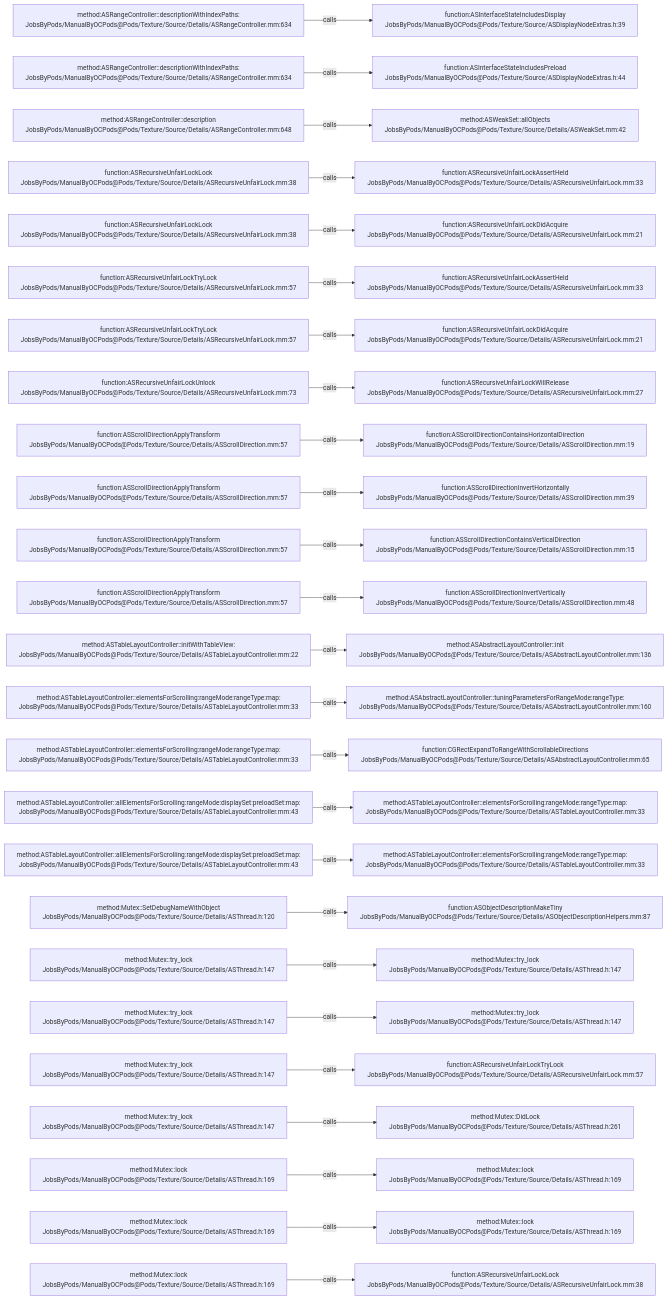
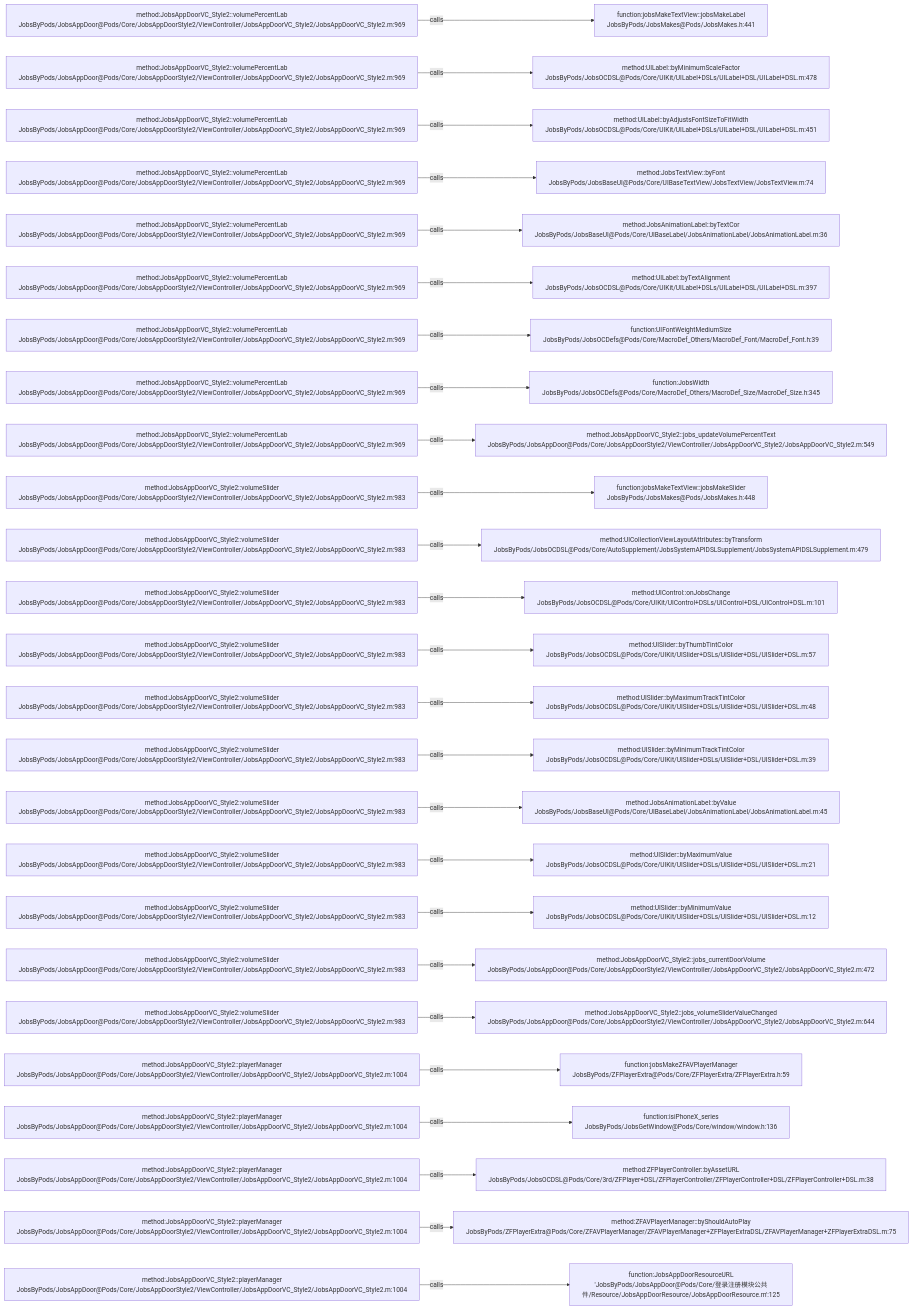
The diagram in .codegraph/codegraph.md/graphs/calls-149.md (JobsKits/JobsOCBaseConfigDemo), drawn with Mermaid before and after one commit. The commit also changed 768 other files, not shown here.

````diff
--- a/.codegraph/codegraph.md/graphs/calls-149.md
+++ b/.codegraph/codegraph.md/graphs/calls-149.md
@@ -13,78 +13,78 @@
 ```mermaid
 flowchart LR
-  S1["method:ASRangeController::descriptionWithIndexPaths:<br/>JobsByPods/ManualByOCPods@Pods/Texture/Source/Details/ASRangeController.mm:634"]
-  T1["function:ASInterfaceStateIncludesDisplay<br/>JobsByPods/ManualByOCPods@Pods/Texture/Source/ASDisplayNodeExtras.h:39"]
+  S1["method:JobsAppDoorVC_Style2::volumePercentLab<br/>JobsByPods/JobsAppDoor@Pods/Core/JobsAppDoorStyle2/ViewController/JobsAppDoorVC_Style2/JobsAppDoorVC_Style2.m:969"]
+  T1["function:jobsMakeTextView::jobsMakeLabel<br/>JobsByPods/JobsMakes@Pods/JobsMakes.h:441"]
   S1 -->|calls| T1
-  S2["method:ASRangeController::descriptionWithIndexPaths:<br/>JobsByPods/ManualByOCPods@Pods/Texture/Source/Details/ASRangeController.mm:634"]
-  T2["function:ASInterfaceStateIncludesPreload<br/>JobsByPods/ManualByOCPods@Pods/Texture/Source/ASDisplayNodeExtras.h:44"]
+  S2["method:JobsAppDoorVC_Style2::volumePercentLab<br/>JobsByPods/JobsAppDoor@Pods/Core/JobsAppDoorStyle2/ViewController/JobsAppDoorVC_Style2/JobsAppDoorVC_Style2.m:969"]
+  T2["method:UILabel::byMinimumScaleFactor<br/>JobsByPods/JobsOCDSL@Pods/Core/UIKit/UILabel+DSLs/UILabel+DSL/UILabel+DSL.m:478"]
   S2 -->|calls| T2
-  S3["method:ASRangeController::description<br/>JobsByPods/ManualByOCPods@Pods/Texture/Source/Details/ASRangeController.mm:648"]
-  T3["method:ASWeakSet::allObjects<br/>JobsByPods/ManualByOCPods@Pods/Texture/Source/Details/ASWeakSet.mm:42"]
+  S3["method:JobsAppDoorVC_Style2::volumePercentLab<br/>JobsByPods/JobsAppDoor@Pods/Core/JobsAppDoorStyle2/ViewController/JobsAppDoorVC_Style2/JobsAppDoorVC_Style2.m:969"]
+  T3["method:UILabel::byAdjustsFontSizeToFitWidth<br/>JobsByPods/JobsOCDSL@Pods/Core/UIKit/UILabel+DSLs/UILabel+DSL/UILabel+DSL.m:451"]
   S3 -->|calls| T3
-  S4["function:ASRecursiveUnfairLockLock<br/>JobsByPods/ManualByOCPods@Pods/Texture/Source/Details/ASRecursiveUnfairLock.mm:38"]
-  T4["function:ASRecursiveUnfairLockAssertHeld<br/>JobsByPods/ManualByOCPods@Pods/Texture/Source/Details/ASRecursiveUnfairLock.mm:33"]
+  S4["method:JobsAppDoorVC_Style2::volumePercentLab<br/>JobsByPods/JobsAppDoor@Pods/Core/JobsAppDoorStyle2/ViewController/JobsAppDoorVC_Style2/JobsAppDoorVC_Style2.m:969"]
+  T4["method:JobsTextView::byFont<br/>JobsByPods/JobsBaseUI@Pods/Core/UIBaseTextView/JobsTextView/JobsTextView.m:74"]
   S4 -->|calls| T4
-  S5["function:ASRecursiveUnfairLockLock<br/>JobsByPods/ManualByOCPods@Pods/Texture/Source/Details/ASRecursiveUnfairLock.mm:38"]
-  T5["function:ASRecursiveUnfairLockDidAcquire<br/>JobsByPods/ManualByOCPods@Pods/Texture/Source/Details/ASRecursiveUnfairLock.mm:21"]
+  S5["method:JobsAppDoorVC_Style2::volumePercentLab<br/>JobsByPods/JobsAppDoor@Pods/Core/JobsAppDoorStyle2/ViewController/JobsAppDoorVC_Style2/JobsAppDoorVC_Style2.m:969"]
+  T5["method:JobsAnimationLabel::byTextCor<br/>JobsByPods/JobsBaseUI@Pods/Core/UIBaseLabel/JobsAnimationLabel/JobsAnimationLabel.m:36"]
   S5 -->|calls| T5
-  S6["function:ASRecursiveUnfairLockTryLock<br/>JobsByPods/ManualByOCPods@Pods/Texture/Source/Details/ASRecursiveUnfairLock.mm:57"]
-  T6["function:ASRecursiveUnfairLockAssertHeld<br/>JobsByPods/ManualByOCPods@Pods/Texture/Source/Details/ASRecursiveUnfairLock.mm:33"]
+  S6["method:JobsAppDoorVC_Style2::volumePercentLab<br/>JobsByPods/JobsAppDoor@Pods/Core/JobsAppDoorStyle2/ViewController/JobsAppDoorVC_Style2/JobsAppDoorVC_Style2.m:969"]
+  T6["method:UILabel::byTextAlignment<br/>JobsByPods/JobsOCDSL@Pods/Core/UIKit/UILabel+DSLs/UILabel+DSL/UILabel+DSL.m:397"]
   S6 -->|calls| T6
-  S7["function:ASRecursiveUnfairLockTryLock<br/>JobsByPods/ManualByOCPods@Pods/Texture/Source/Details/ASRecursiveUnfairLock.mm:57"]
-  T7["function:ASRecursiveUnfairLockDidAcquire<br/>JobsByPods/ManualByOCPods@Pods/Texture/Source/Details/ASRecursiveUnfairLock.mm:21"]
+  S7["method:JobsAppDoorVC_Style2::volumePercentLab<br/>JobsByPods/JobsAppDoor@Pods/Core/JobsAppDoorStyle2/ViewController/JobsAppDoorVC_Style2/JobsAppDoorVC_Style2.m:969"]
+  T7["function:UIFontWeightMediumSize<br/>JobsByPods/JobsOCDefs@Pods/Core/MacroDef_Others/MacroDef_Font/MacroDef_Font.h:39"]
   S7 -->|calls| T7
-  S8["function:ASRecursiveUnfairLockUnlock<br/>JobsByPods/ManualByOCPods@Pods/Texture/Source/Details/ASRecursiveUnfairLock.mm:73"]
-  T8["function:ASRecursiveUnfairLockWillRelease<br/>JobsByPods/ManualByOCPods@Pods/Texture/Source/Details/ASRecursiveUnfairLock.mm:27"]
+  S8["method:JobsAppDoorVC_Style2::volumePercentLab<br/>JobsByPods/JobsAppDoor@Pods/Core/JobsAppDoorStyle2/ViewController/JobsAppDoorVC_Style2/JobsAppDoorVC_Style2.m:969"]
+  T8["function:JobsWidth<br/>JobsByPods/JobsOCDefs@Pods/Core/MacroDef_Others/MacroDef_Size/MacroDef_Size.h:345"]
   S8 -->|calls| T8
-  S9["function:ASScrollDirectionApplyTransform<br/>JobsByPods/ManualByOCPods@Pods/Texture/Source/Details/ASScrollDirection.mm:57"]
-  T9["function:ASScrollDirectionContainsHorizontalDirection<br/>JobsByPods/ManualByOCPods@Pods/Texture/Source/Details/ASScrollDirection.mm:19"]
+  S9["method:JobsAppDoorVC_Style2::volumePercentLab<br/>JobsByPods/JobsAppDoor@Pods/Core/JobsAppDoorStyle2/ViewController/JobsAppDoorVC_Style2/JobsAppDoorVC_Style2.m:969"]
+  T9["method:JobsAppDoorVC_Style2::jobs_updateVolumePercentText<br/>JobsByPods/JobsAppDoor@Pods/Core/JobsAppDoorStyle2/ViewController/JobsAppDoorVC_Style2/JobsAppDoorVC_Style2.m:549"]
   S9 -->|calls| T9
-  S10["function:ASScrollDirectionApplyTransform<br/>JobsByPods/ManualByOCPods@Pods/Texture/Source/Details/ASScrollDirection.mm:57"]
-  T10["function:ASScrollDirectionInvertHorizontally<br/>JobsByPods/ManualByOCPods@Pods/Texture/Source/Details/ASScrollDirection.mm:39"]
+  S10["method:JobsAppDoorVC_Style2::volumeSlider<br/>JobsByPods/JobsAppDoor@Pods/Core/JobsAppDoorStyle2/ViewController/JobsAppDoorVC_Style2/JobsAppDoorVC_Style2.m:983"]
+  T10["function:jobsMakeTextView::jobsMakeSlider<br/>JobsByPods/JobsMakes@Pods/JobsMakes.h:448"]
   S10 -->|calls| T10
-  S11["function:ASScrollDirectionApplyTransform<br/>JobsByPods/ManualByOCPods@Pods/Texture/Source/Details/ASScrollDirection.mm:57"]
-  T11["function:ASScrollDirectionContainsVerticalDirection<br/>JobsByPods/ManualByOCPods@Pods/Texture/Source/Details/ASScrollDirection.mm:15"]
+  S11["method:JobsAppDoorVC_Style2::volumeSlider<br/>JobsByPods/JobsAppDoor@Pods/Core/JobsAppDoorStyle2/ViewController/JobsAppDoorVC_Style2/JobsAppDoorVC_Style2.m:983"]
+  T11["method:UICollectionViewLayoutAttributes::byTransform<br/>JobsByPods/JobsOCDSL@Pods/Core/AutoSupplement/JobsSystemAPIDSLSupplement/JobsSystemAPIDSLSupplement.m:479"]
   S11 -->|calls| T11
-  S12["function:ASScrollDirectionApplyTransform<br/>JobsByPods/ManualByOCPods@Pods/Texture/Source/Details/ASScrollDirection.mm:57"]
-  T12["function:ASScrollDirectionInvertVertically<br/>JobsByPods/ManualByOCPods@Pods/Texture/Source/Details/ASScrollDirection.mm:48"]
+  S12["method:JobsAppDoorVC_Style2::volumeSlider<br/>JobsByPods/JobsAppDoor@Pods/Core/JobsAppDoorStyle2/ViewController/JobsAppDoorVC_Style2/JobsAppDoorVC_Style2.m:983"]
+  T12["method:UIControl::onJobsChange<br/>JobsByPods/JobsOCDSL@Pods/Core/UIKit/UIControl+DSLs/UIControl+DSL/UIControl+DSL.m:101"]
   S12 -->|calls| T12
-  S13["method:ASTableLayoutController::initWithTableView:<br/>JobsByPods/ManualByOCPods@Pods/Texture/Source/Details/ASTableLayoutController.mm:22"]
-  T13["method:ASAbstractLayoutController::init<br/>JobsByPods/ManualByOCPods@Pods/Texture/Source/Details/ASAbstractLayoutController.mm:136"]
+  S13["method:JobsAppDoorVC_Style2::volumeSlider<br/>JobsByPods/JobsAppDoor@Pods/Core/JobsAppDoorStyle2/ViewController/JobsAppDoorVC_Style2/JobsAppDoorVC_Style2.m:983"]
+  T13["method:UISlider::byThumbTintColor<br/>JobsByPods/JobsOCDSL@Pods/Core/UIKit/UISlider+DSLs/UISlider+DSL/UISlider+DSL.m:57"]
   S13 -->|calls| T13
-  S14["method:ASTableLayoutController::elementsForScrolling:rangeMode:rangeType:map:<br/>JobsByPods/ManualByOCPods@Pods/Texture/Source/Details/ASTableLayoutController.mm:33"]
-  T14["method:ASAbstractLayoutController::tuningParametersForRangeMode:rangeType:<br/>JobsByPods/ManualByOCPods@Pods/Texture/Source/Details/ASAbstractLayoutController.mm:160"]
+  S14["method:JobsAppDoorVC_Style2::volumeSlider<br/>JobsByPods/JobsAppDoor@Pods/Core/JobsAppDoorStyle2/ViewController/JobsAppDoorVC_Style2/JobsAppDoorVC_Style2.m:983"]
+  T14["method:UISlider::byMaximumTrackTintColor<br/>JobsByPods/JobsOCDSL@Pods/Core/UIKit/UISlider+DSLs/UISlider+DSL/UISlider+DSL.m:48"]
   S14 -->|calls| T14
-  S15["method:ASTableLayoutController::elementsForScrolling:rangeMode:rangeType:map:<br/>JobsByPods/ManualByOCPods@Pods/Texture/Source/Details/ASTableLayoutController.mm:33"]
-  T15["function:CGRectExpandToRangeWithScrollableDirections<br/>JobsByPods/ManualByOCPods@Pods/Texture/Source/Details/ASAbstractLayoutController.mm:65"]
+  S15["method:JobsAppDoorVC_Style2::volumeSlider<br/>JobsByPods/JobsAppDoor@Pods/Core/JobsAppDoorStyle2/ViewController/JobsAppDoorVC_Style2/JobsAppDoorVC_Style2.m:983"]
+  T15["method:UISlider::byMinimumTrackTintColor<br/>JobsByPods/JobsOCDSL@Pods/Core/UIKit/UISlider+DSLs/UISlider+DSL/UISlider+DSL.m:39"]
   S15 -->|calls| T15
-  S16["method:ASTableLayoutController::allElementsForScrolling:rangeMode:displaySet:preloadSet:map:<br/>JobsByPods/ManualByOCPods@Pods/Texture/Source/Details/ASTableLayoutController.mm:43"]
-  T16["method:ASTableLayoutController::elementsForScrolling:rangeMode:rangeType:map:<br/>JobsByPods/ManualByOCPods@Pods/Texture/Source/Details/ASTableLayoutController.mm:33"]
+  S16["method:JobsAppDoorVC_Style2::volumeSlider<br/>JobsByPods/JobsAppDoor@Pods/Core/JobsAppDoorStyle2/ViewController/JobsAppDoorVC_Style2/JobsAppDoorVC_Style2.m:983"]
+  T16["method:JobsAnimationLabel::byValue<br/>JobsByPods/JobsBaseUI@Pods/Core/UIBaseLabel/JobsAnimationLabel/JobsAnimationLabel.m:45"]
   S16 -->|calls| T16
-  S17["method:ASTableLayoutController::allElementsForScrolling:rangeMode:displaySet:preloadSet:map:<br/>JobsByPods/ManualByOCPods@Pods/Texture/Source/Details/ASTableLayoutController.mm:43"]
-  T17["method:ASTableLayoutController::elementsForScrolling:rangeMode:rangeType:map:<br/>JobsByPods/ManualByOCPods@Pods/Texture/Source/Details/ASTableLayoutController.mm:33"]
+  S17["method:JobsAppDoorVC_Style2::volumeSlider<br/>JobsByPods/JobsAppDoor@Pods/Core/JobsAppDoorStyle2/ViewController/JobsAppDoorVC_Style2/JobsAppDoorVC_Style2.m:983"]
+  T17["method:UISlider::byMaximumValue<br/>JobsByPods/JobsOCDSL@Pods/Core/UIKit/UISlider+DSLs/UISlider+DSL/UISlider+DSL.m:21"]
   S17 -->|calls| T17
-  S18["method:Mutex::SetDebugNameWithObject<br/>JobsByPods/ManualByOCPods@Pods/Texture/Source/Details/ASThread.h:120"]
-  T18["function:ASObjectDescriptionMakeTiny<br/>JobsByPods/ManualByOCPods@Pods/Texture/Source/Details/ASObjectDescriptionHelpers.mm:87"]
+  S18["method:JobsAppDoorVC_Style2::volumeSlider<br/>JobsByPods/JobsAppDoor@Pods/Core/JobsAppDoorStyle2/ViewController/JobsAppDoorVC_Style2/JobsAppDoorVC_Style2.m:983"]
+  T18["method:UISlider::byMinimumValue<br/>JobsByPods/JobsOCDSL@Pods/Core/UIKit/UISlider+DSLs/UISlider+DSL/UISlider+DSL.m:12"]
   S18 -->|calls| T18
-  S19["method:Mutex::try_lock<br/>JobsByPods/ManualByOCPods@Pods/Texture/Source/Details/ASThread.h:147"]
-  T19["method:Mutex::try_lock<br/>JobsByPods/ManualByOCPods@Pods/Texture/Source/Details/ASThread.h:147"]
+  S19["method:JobsAppDoorVC_Style2::volumeSlider<br/>JobsByPods/JobsAppDoor@Pods/Core/JobsAppDoorStyle2/ViewController/JobsAppDoorVC_Style2/JobsAppDoorVC_Style2.m:983"]
+  T19["method:JobsAppDoorVC_Style2::jobs_currentDoorVolume<br/>JobsByPods/JobsAppDoor@Pods/Core/JobsAppDoorStyle2/ViewController/JobsAppDoorVC_Style2/JobsAppDoorVC_Style2.m:472"]
   S19 -->|calls| T19
-  S20["method:Mutex::try_lock<br/>JobsByPods/ManualByOCPods@Pods/Texture/Source/Details/ASThread.h:147"]
-  T20["method:Mutex::try_lock<br/>JobsByPods/ManualByOCPods@Pods/Texture/Source/Details/ASThread.h:147"]
+  S20["method:JobsAppDoorVC_Style2::volumeSlider<br/>JobsByPods/JobsAppDoor@Pods/Core/JobsAppDoorStyle2/ViewController/JobsAppDoorVC_Style2/JobsAppDoorVC_Style2.m:983"]
+  T20["method:JobsAppDoorVC_Style2::jobs_volumeSliderValueChanged<br/>JobsByPods/JobsAppDoor@Pods/Core/JobsAppDoorStyle2/ViewController/JobsAppDoorVC_Style2/JobsAppDoorVC_Style2.m:644"]
   S20 -->|calls| T20
-  S21["method:Mutex::try_lock<br/>JobsByPods/ManualByOCPods@Pods/Texture/Source/Details/ASThread.h:147"]
-  T21["function:ASRecursiveUnfairLockTryLock<br/>JobsByPods/ManualByOCPods@Pods/Texture/Source/Details/ASRecursiveUnfairLock.mm:57"]
+  S21["method:JobsAppDoorVC_Style2::playerManager<br/>JobsByPods/JobsAppDoor@Pods/Core/JobsAppDoorStyle2/ViewController/JobsAppDoorVC_Style2/JobsAppDoorVC_Style2.m:1004"]
+  T21["function:jobsMakeZFAVPlayerManager<br/>JobsByPods/ZFPlayerExtra@Pods/Core/ZFPlayerExtra/ZFPlayerExtra.h:59"]
   S21 -->|calls| T21
-  S22["method:Mutex::try_lock<br/>JobsByPods/ManualByOCPods@Pods/Texture/Source/Details/ASThread.h:147"]
-  T22["method:Mutex::DidLock<br/>JobsByPods/ManualByOCPods@Pods/Texture/Source/Details/ASThread.h:261"]
+  S22["method:JobsAppDoorVC_Style2::playerManager<br/>JobsByPods/JobsAppDoor@Pods/Core/JobsAppDoorStyle2/ViewController/JobsAppDoorVC_Style2/JobsAppDoorVC_Style2.m:1004"]
+  T22["function:isiPhoneX_series<br/>JobsByPods/JobsGetWindow@Pods/Core/window/window.h:136"]
   S22 -->|calls| T22
-  S23["method:Mutex::lock<br/>JobsByPods/ManualByOCPods@Pods/Texture/Source/Details/ASThread.h:169"]
-  T23["method:Mutex::lock<br/>JobsByPods/ManualByOCPods@Pods/Texture/Source/Details/ASThread.h:169"]
+  S23["method:JobsAppDoorVC_Style2::playerManager<br/>JobsByPods/JobsAppDoor@Pods/Core/JobsAppDoorStyle2/ViewController/JobsAppDoorVC_Style2/JobsAppDoorVC_Style2.m:1004"]
+  T23["method:ZFPlayerController::byAssetURL<br/>JobsByPods/JobsOCDSL@Pods/Core/3rd/ZFPlayer+DSL/ZFPlayerController/ZFPlayerController+DSL/ZFPlayerController+DSL.m:38"]
   S23 -->|calls| T23
-  S24["method:Mutex::lock<br/>JobsByPods/ManualByOCPods@Pods/Texture/Source/Details/ASThread.h:169"]
-  T24["method:Mutex::lock<br/>JobsByPods/ManualByOCPods@Pods/Texture/Source/Details/ASThread.h:169"]
+  S24["method:JobsAppDoorVC_Style2::playerManager<br/>JobsByPods/JobsAppDoor@Pods/Core/JobsAppDoorStyle2/ViewController/JobsAppDoorVC_Style2/JobsAppDoorVC_Style2.m:1004"]
+  T24["method:ZFAVPlayerManager::byShouldAutoPlay<br/>JobsByPods/ZFPlayerExtra@Pods/Core/ZFAVPlayerManager/ZFAVPlayerManager+ZFPlayerExtraDSL/ZFAVPlayerManager+ZFPlayerExtraDSL.m:75"]
   S24 -->|calls| T24
-  S25["method:Mutex::lock<br/>JobsByPods/ManualByOCPods@Pods/Texture/Source/Details/ASThread.h:169"]
-  T25["function:ASRecursiveUnfairLockLock<br/>JobsByPods/ManualByOCPods@Pods/Texture/Source/Details/ASRecursiveUnfairLock.mm:38"]
+  S25["method:JobsAppDoorVC_Style2::playerManager<br/>JobsByPods/JobsAppDoor@Pods/Core/JobsAppDoorStyle2/ViewController/JobsAppDoorVC_Style2/JobsAppDoorVC_Style2.m:1004"]
+  T25["function:JobsAppDoorResourceURL<br/>'JobsByPods/JobsAppDoor@Pods/Core/登录注册模块公共件/Resource/JobsAppDoorResource/JobsAppDoorResource.m':125"]
   S25 -->|calls| T25
 ```
````
